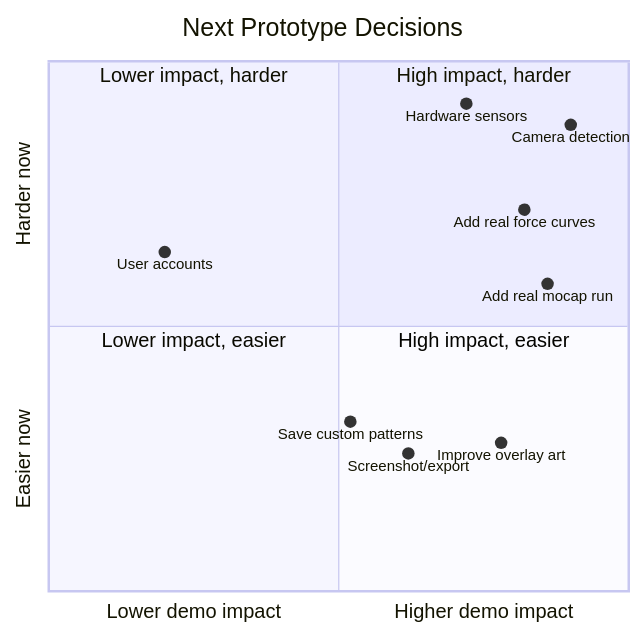
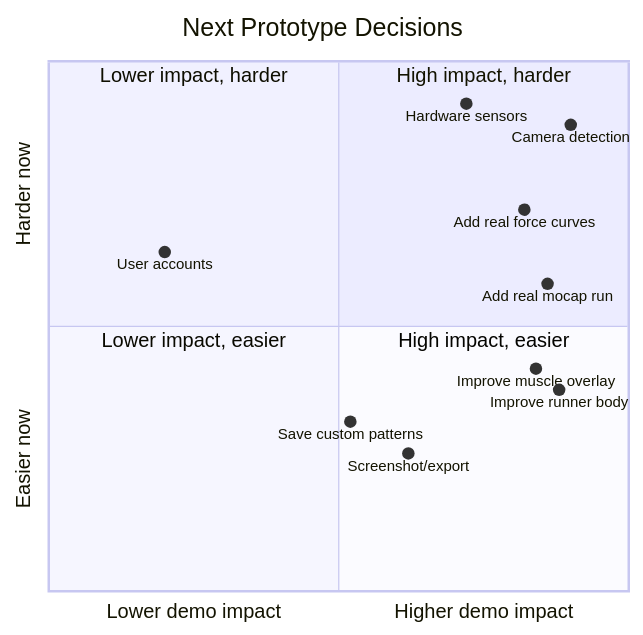
The seventh of 7 diagrams in ROADMAP_VISUAL.md (Dalek12/Propriocept-Run), drawn with Mermaid before and after one commit. The commit also changed other lines of this file and 1 other file, not shown here.

Commit message:
Update roadmap for visual model route

````diff
--- a/ROADMAP_VISUAL.md
+++ b/ROADMAP_VISUAL.md
@@ -85,18 +134,19 @@
 ```mermaid
 quadrantChart
   title Next Prototype Decisions
   x-axis Lower demo impact --> Higher demo impact
   y-axis Easier now --> Harder now
   quadrant-1 "High impact, harder"
   quadrant-2 "Lower impact, harder"
   quadrant-3 "Lower impact, easier"
   quadrant-4 "High impact, easier"
-  "Improve overlay art": [0.78, 0.28]
+  "Improve runner body": [0.88, 0.38]
+  "Improve muscle overlay": [0.84, 0.42]
   "Add real mocap run": [0.86, 0.58]
   "Add real force curves": [0.82, 0.72]
   "Save custom patterns": [0.52, 0.32]
   "Camera detection": [0.9, 0.88]
   "User accounts": [0.2, 0.64]
   "Hardware sensors": [0.72, 0.92]
   "Screenshot/export": [0.62, 0.26]
 ```
````
